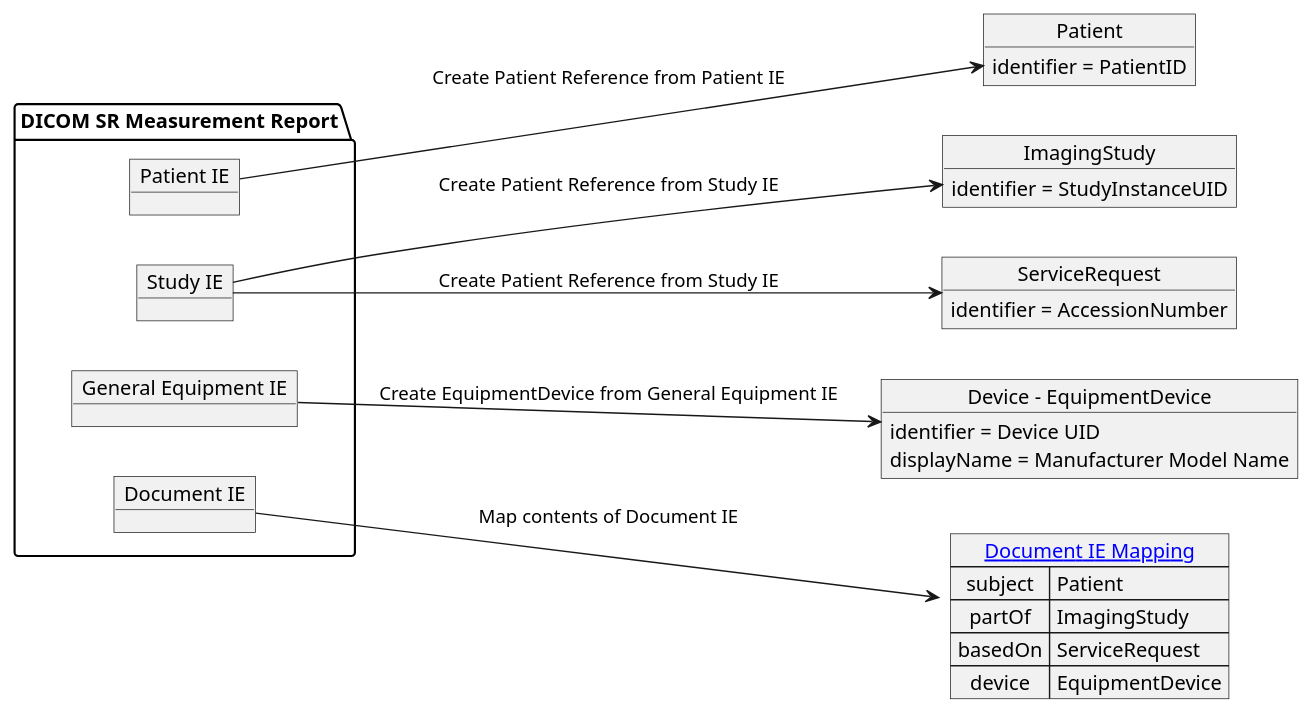
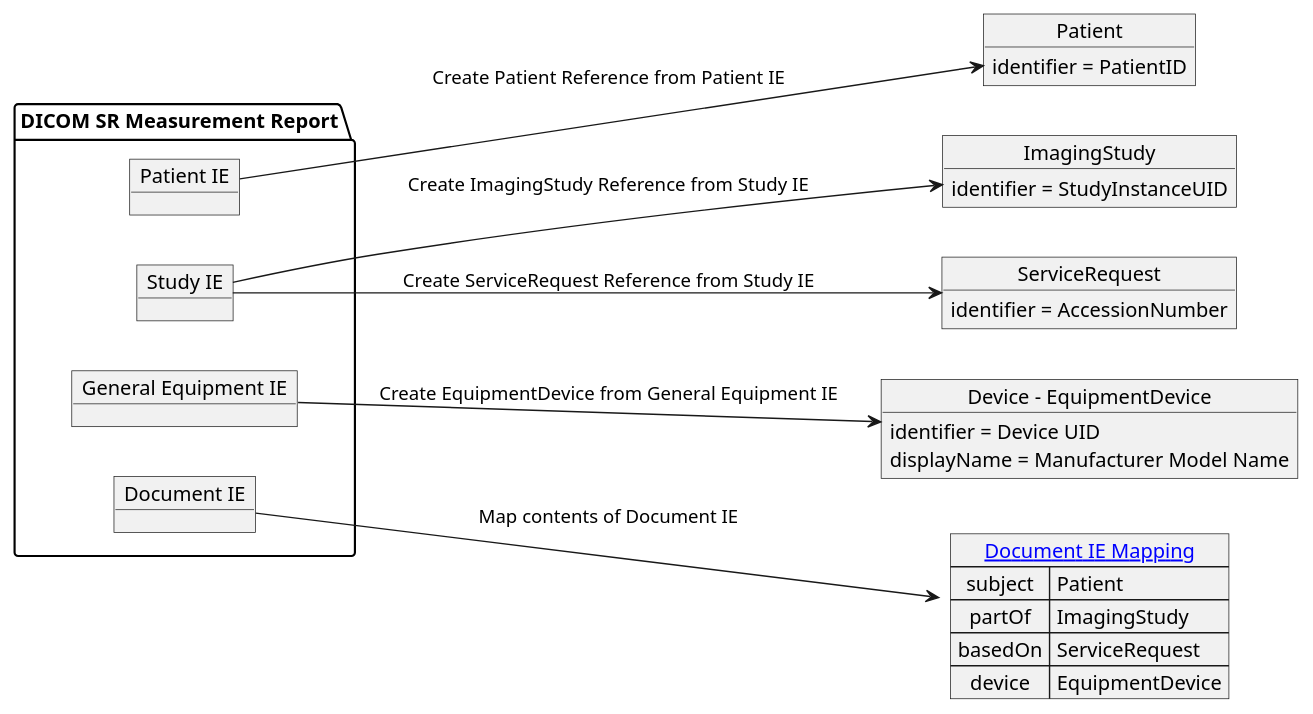
The diagram in input/images-source/4_2_dicom_sr_measurement_report_mapping.plantuml (HL7/dicom-sr), drawn with PlantUML before and after one commit. The commit also changed 2 other files, not shown here.

Commit message:
FHIR-47381 - Fix arrow labels in diagram

```diff
--- a/input/images-source/4_2_dicom_sr_measurement_report_mapping.plantuml
+++ b/input/images-source/4_2_dicom_sr_measurement_report_mapping.plantuml
@@ -1,36 +1,36 @@
 @startuml dicom_sr_measurement_report_mapping
 left to right direction
 package "DICOM SR Measurement Report" {
     object "Patient IE" as patientIE
     object "Study IE" as studyIE
     object "General Equipment IE" as equipmentIE
     object "Document IE" as documentIE
 }
 object Patient {
     identifier = PatientID
 }
 object ImagingStudy {
     identifier = StudyInstanceUID
 }
 object ServiceRequest {
     identifier = AccessionNumber
 }
 object "Device - EquipmentDevice" as equipmentDevice {
     identifier = Device UID
     displayName = Manufacturer Model Name
 }
 
 map "[[mapping.html#document-ie-mapping Document IE Mapping]]" as documentIEMapping {
     subject => Patient
     partOf => ImagingStudy
     basedOn => ServiceRequest
     device => EquipmentDevice
 }
 
 patientIE --> Patient: Create Patient Reference from Patient IE
-studyIE --> ImagingStudy: Create Patient Reference from Study IE
-studyIE --> ServiceRequest: Create Patient Reference from Study IE
+studyIE --> ImagingStudy: Create ImagingStudy Reference from Study IE
+studyIE --> ServiceRequest: Create ServiceRequest Reference from Study IE
 equipmentIE --> equipmentDevice: Create EquipmentDevice from General Equipment IE
 
 documentIE --> documentIEMapping: Map contents of Document IE
 @enduml
```
